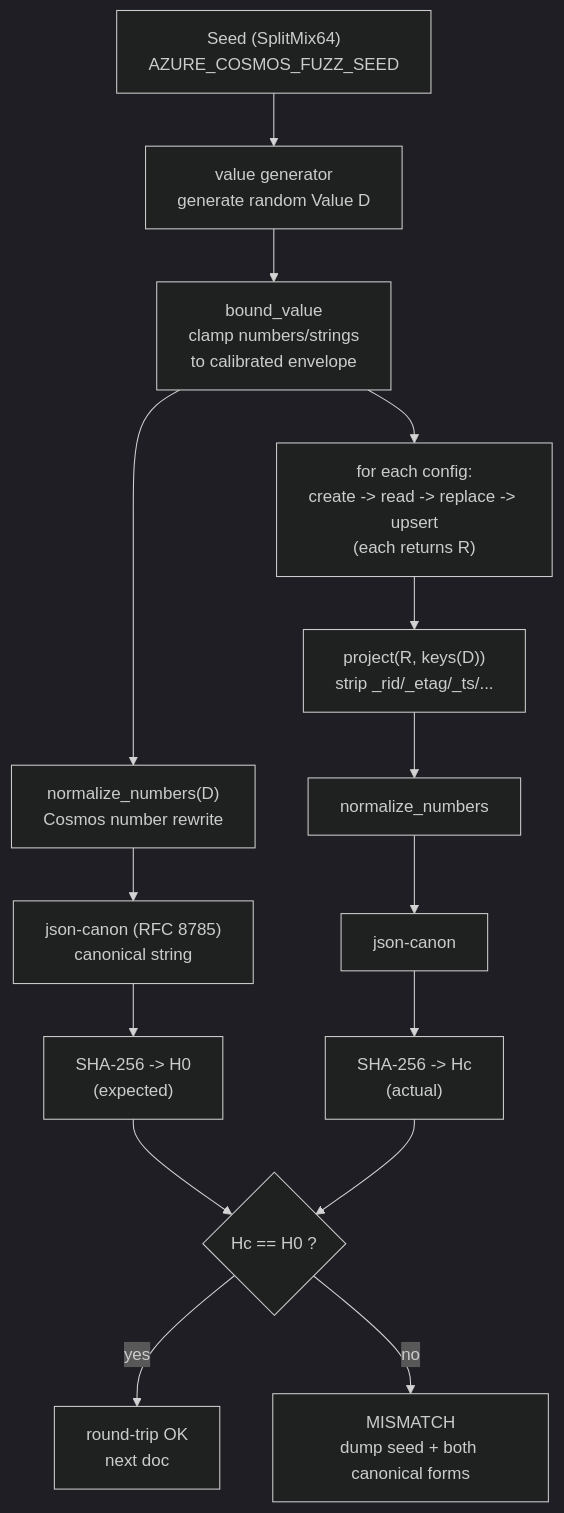
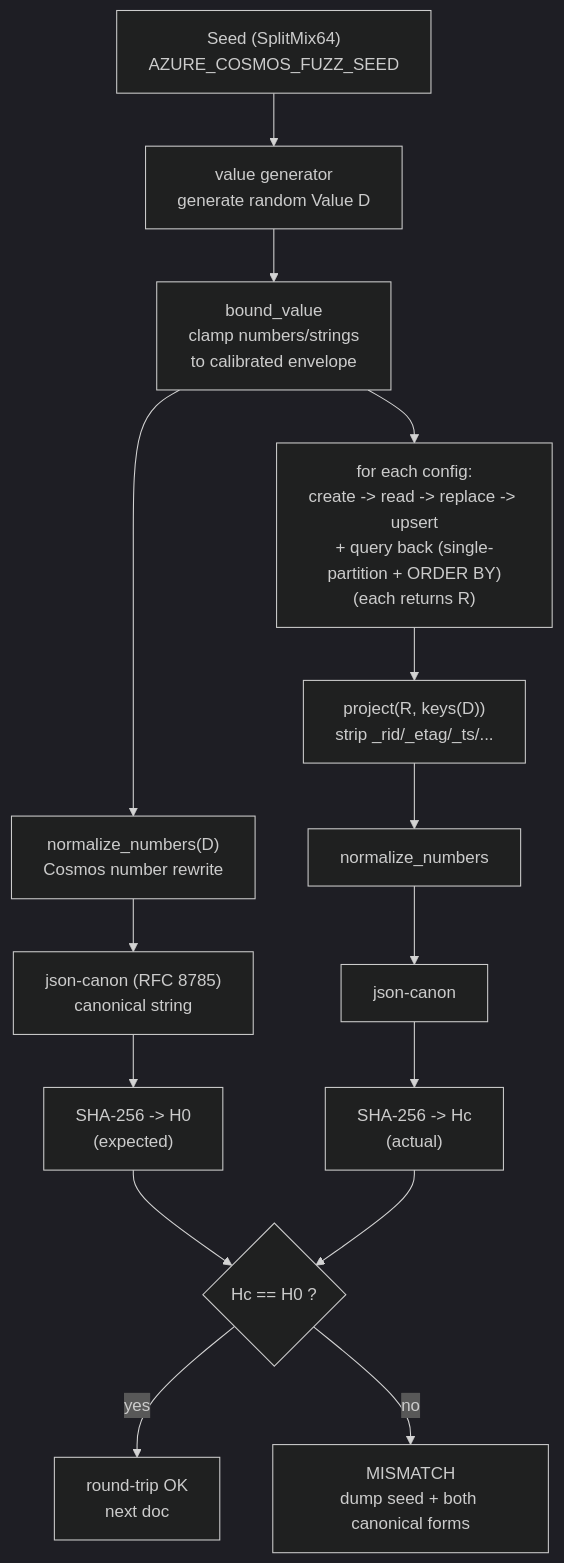
Before and after one commit to Azure/azure-sdk-for-rust: the first of 4 diagrams in sdk/cosmos/azure_data_cosmos_driver/docs/BINARY_ENCODING_ROUNDTRIP_FUZZER.md, drawn with Mermaid (dark theme). The commit also changed other lines of this file and 46 other files, not shown here.

````diff
--- a/sdk/cosmos/azure_data_cosmos_driver/docs/BINARY_ENCODING_ROUNDTRIP_FUZZER.md
+++ b/sdk/cosmos/azure_data_cosmos_driver/docs/BINARY_ENCODING_ROUNDTRIP_FUZZER.md
@@ -118,19 +134,19 @@
 ```mermaid
 flowchart TD
     SEED["Seed (SplitMix64)\nAZURE_COSMOS_FUZZ_SEED"] --> GEN
     GEN["value generator\ngenerate random Value D"] --> BOUND["bound_value\nclamp numbers/strings\nto calibrated envelope"]
     BOUND --> NORM0["normalize_numbers(D)\nCosmos number rewrite"]
     NORM0 --> CANON0["json-canon (RFC 8785)\ncanonical string"]
     CANON0 --> HASH0["SHA-256 -> H0\n(expected)"]
 
-    BOUND --> STORE["for each config:\ncreate -> read -> replace -> upsert\n(each returns R)"]
+    BOUND --> STORE["for each config:\ncreate -> read -> replace -> upsert\n+ query back (single-partition + ORDER BY)\n(each returns R)"]
     STORE --> PROJ["project(R, keys(D))\nstrip _rid/_etag/_ts/..."]
     PROJ --> NORM1["normalize_numbers"]
     NORM1 --> CANON1["json-canon"]
     CANON1 --> HASH1["SHA-256 -> Hc\n(actual)"]
 
     HASH0 --> CMP{"Hc == H0 ?"}
     HASH1 --> CMP
     CMP -->|yes| OK["round-trip OK\nnext doc"]
     CMP -->|no| FAIL["MISMATCH\ndump seed + both canonical forms"]
 ```
````
